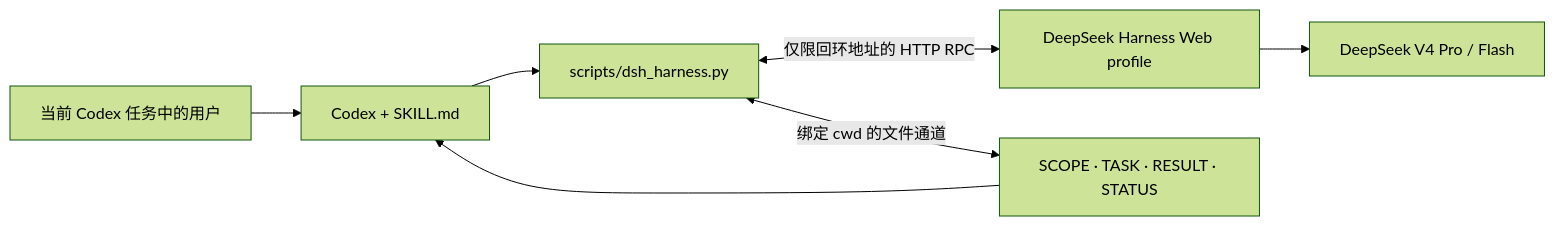
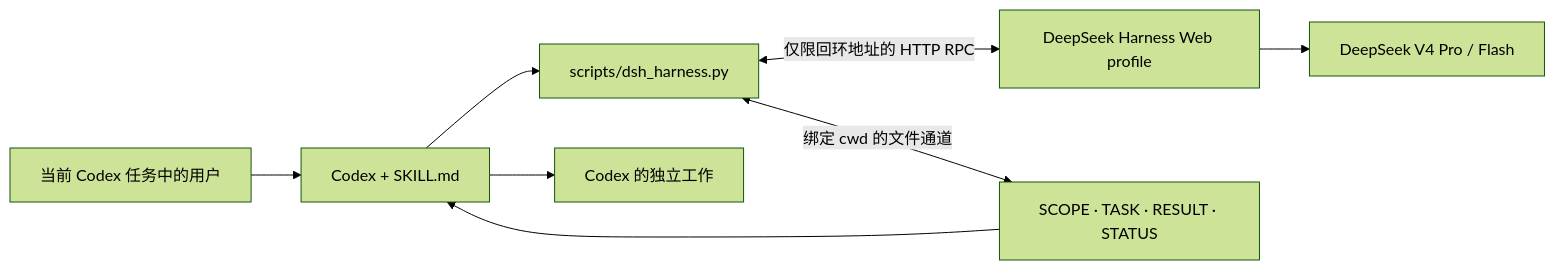
The diagram in README.zh-CN.md (papperrollinggery/delegate-to-deepseek-harness), drawn with Mermaid (forest theme) before and after one commit. The commit also changed other lines of this file and 16 other files, not shown here.

````diff
--- a/README.zh-CN.md
+++ b/README.zh-CN.md
@@ -60,9 +66,10 @@
 ```mermaid
 flowchart LR
     U["当前 Codex 任务中的用户"] --> C["Codex + SKILL.md"]
     C --> P["scripts/dsh_harness.py"]
+    C --> W["Codex 的独立工作"]
     P <-->|"仅限回环地址的 HTTP RPC"| H["DeepSeek Harness Web profile"]
     P <-->|"绑定 cwd 的文件通道"| F["SCOPE · TASK · RESULT · STATUS"]
     H --> D["DeepSeek V4 Pro / Flash"]
     F --> C
 ```
````
